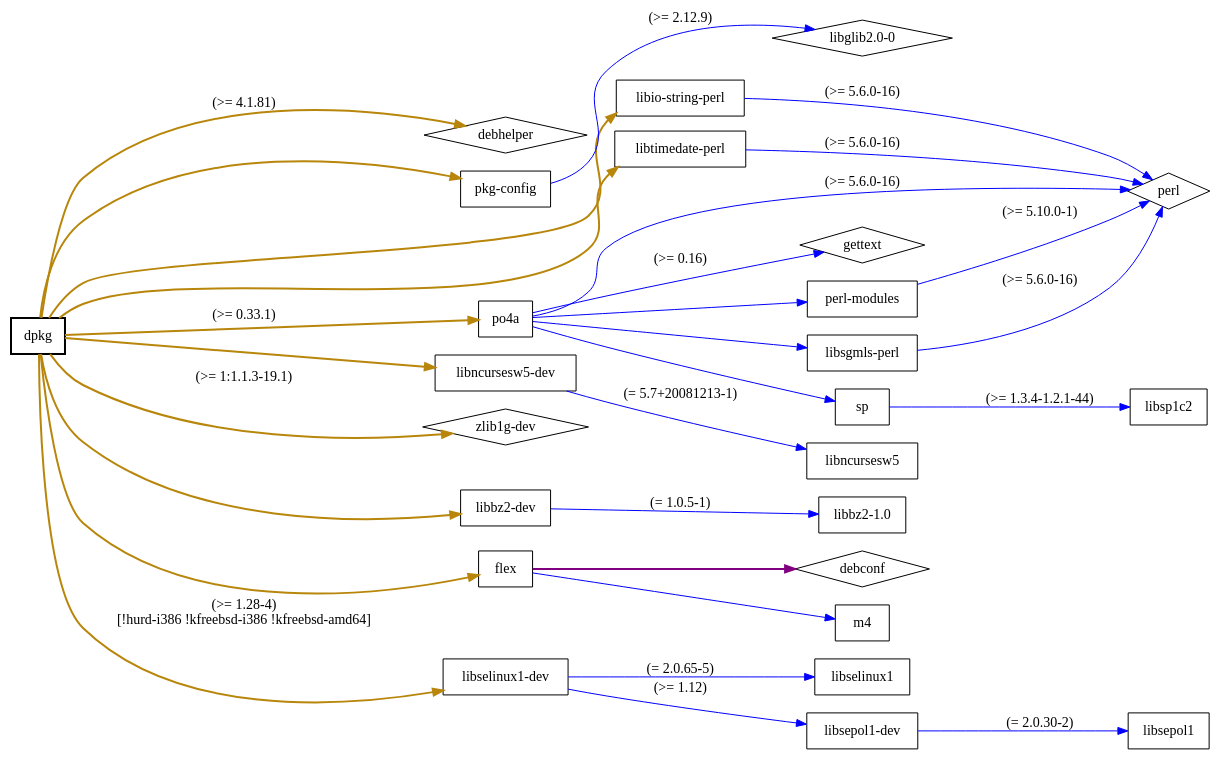
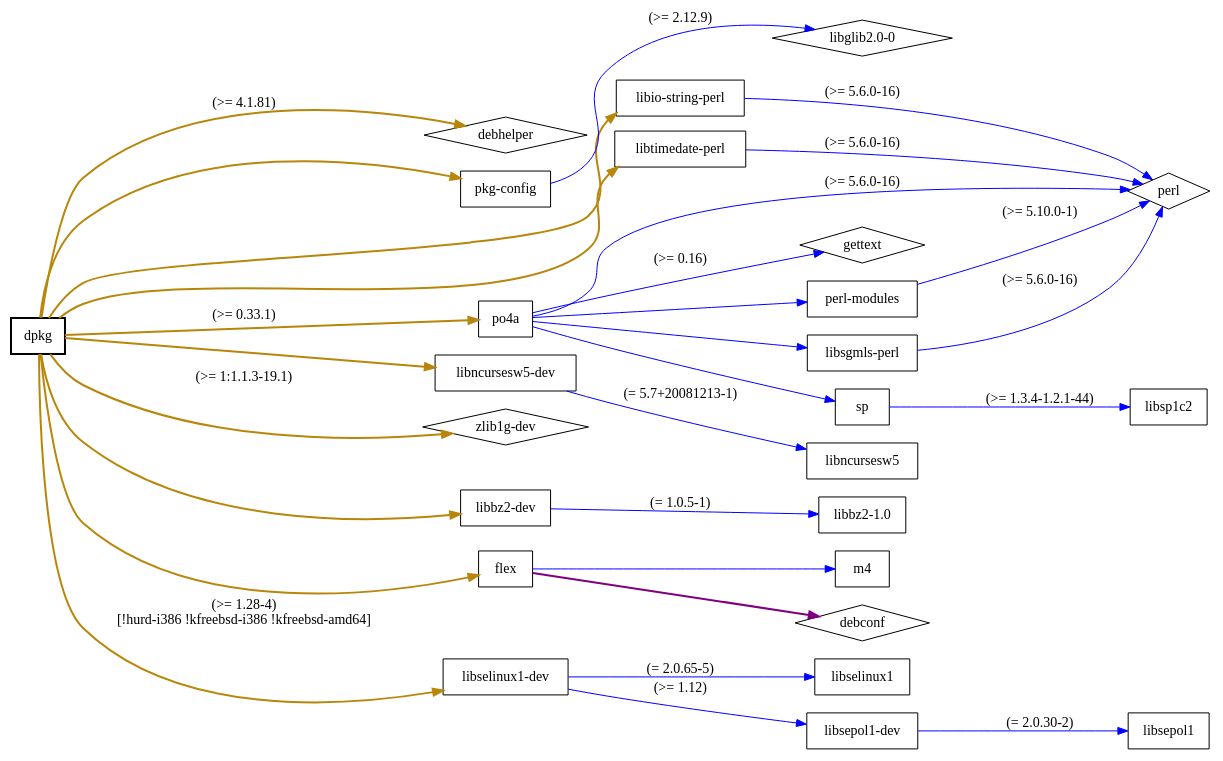
The diagram in testset/usage1.dot (juandesant/debtree), drawn with Graphviz before and after one commit. The commit also changed other lines of this file and 15 other files, not shown here.

```diff
--- a/testset/usage1.dot
+++ b/testset/usage1.dot
@@ -1,41 +1,41 @@
 digraph "dpkg" {
 	rankdir=LR;
 	node [shape=box];
 	"dpkg" -> "debhelper" [color=darkgoldenrod,style=bold,label="(>= 4.1.81)"];
 	"dpkg" -> "pkg-config" [color=darkgoldenrod,style=bold];
 	"pkg-config" -> "libglib2.0-0" [color=blue,label="(>= 2.12.9)"];
 	"dpkg" -> "po4a" [color=darkgoldenrod,style=bold,label="(>= 0.33.1)"];
 	"po4a" -> "perl" [color=blue,label="(>= 5.6.0-16)"];
 	"po4a" -> "gettext" [color=blue,label="(>= 0.16)"];
 	"po4a" -> "perl-modules" [color=blue];
 	"perl-modules" -> "perl" [color=blue,label="(>= 5.10.0-1)"];
 	"po4a" -> "libsgmls-perl" [color=blue];
 	"libsgmls-perl" -> "perl" [color=blue,label="(>= 5.6.0-16)"];
 	"po4a" -> "sp" [color=blue];
 	"sp" -> "libsp1c2" [color=blue,label="(>= 1.3.4-1.2.1-44)"];
 	"dpkg" -> "libncursesw5-dev" [color=darkgoldenrod,style=bold];
 	"libncursesw5-dev" -> "libncursesw5" [color=blue,label="(= 5.7+20081213-1)"];
 	"dpkg" -> "zlib1g-dev" [color=darkgoldenrod,style=bold,label="(>= 1:1.1.3-19.1)"];
 	"dpkg" -> "libbz2-dev" [color=darkgoldenrod,style=bold];
 	"libbz2-dev" -> "libbz2-1.0" [color=blue,label="(= 1.0.5-1)"];
 	"dpkg" -> "flex" [color=darkgoldenrod,style=bold];
+	"flex" -> "m4" [color=blue];
 	"flex" -> "debconf" [color=purple,style=bold];
-	"flex" -> "m4" [color=blue];
 	"dpkg" -> "libselinux1-dev" [color=darkgoldenrod,style=bold,label="(>= 1.28-4)\n[!hurd-i386 !kfreebsd-i386 !kfreebsd-amd64]"];
 	"libselinux1-dev" -> "libselinux1" [color=blue,label="(= 2.0.65-5)"];
 	"libselinux1-dev" -> "libsepol1-dev" [color=blue,label="(>= 1.12)"];
 	"libsepol1-dev" -> "libsepol1" [color=blue,label="(= 2.0.30-2)"];
 	"dpkg" -> "libtimedate-perl" [color=darkgoldenrod,style=bold];
 	"libtimedate-perl" -> "perl" [color=blue,label="(>= 5.6.0-16)"];
 	"dpkg" -> "libio-string-perl" [color=darkgoldenrod,style=bold];
 	"libio-string-perl" -> "perl" [color=blue,label="(>= 5.6.0-16)"];
 	"dpkg" [style="setlinewidth(2)"]
 	"debconf" [shape=diamond];
 	"debhelper" [shape=diamond];
 	"gettext" [shape=diamond];
 	"libglib2.0-0" [shape=diamond];
 	"perl" [shape=diamond];
 	"zlib1g-dev" [shape=diamond];
 }
 // Excluded dependencies:
 // libc-dev libc6 libc6-dev libgcc1 libstdc++6
```
